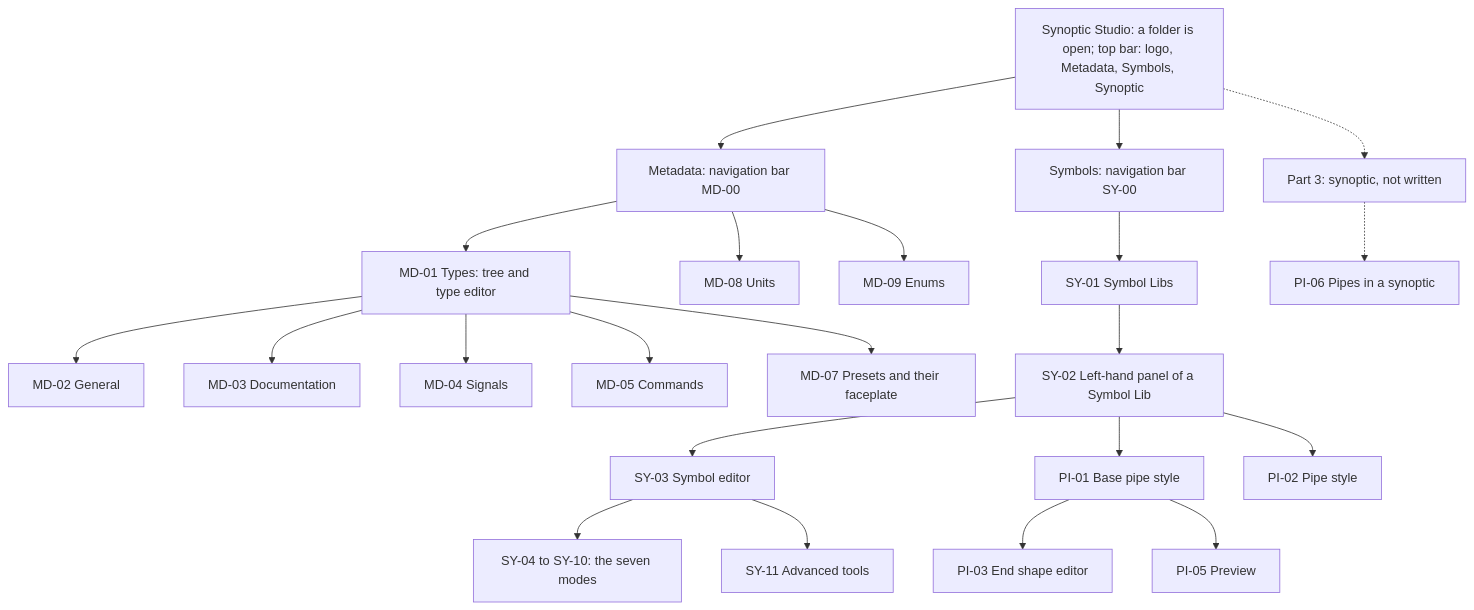
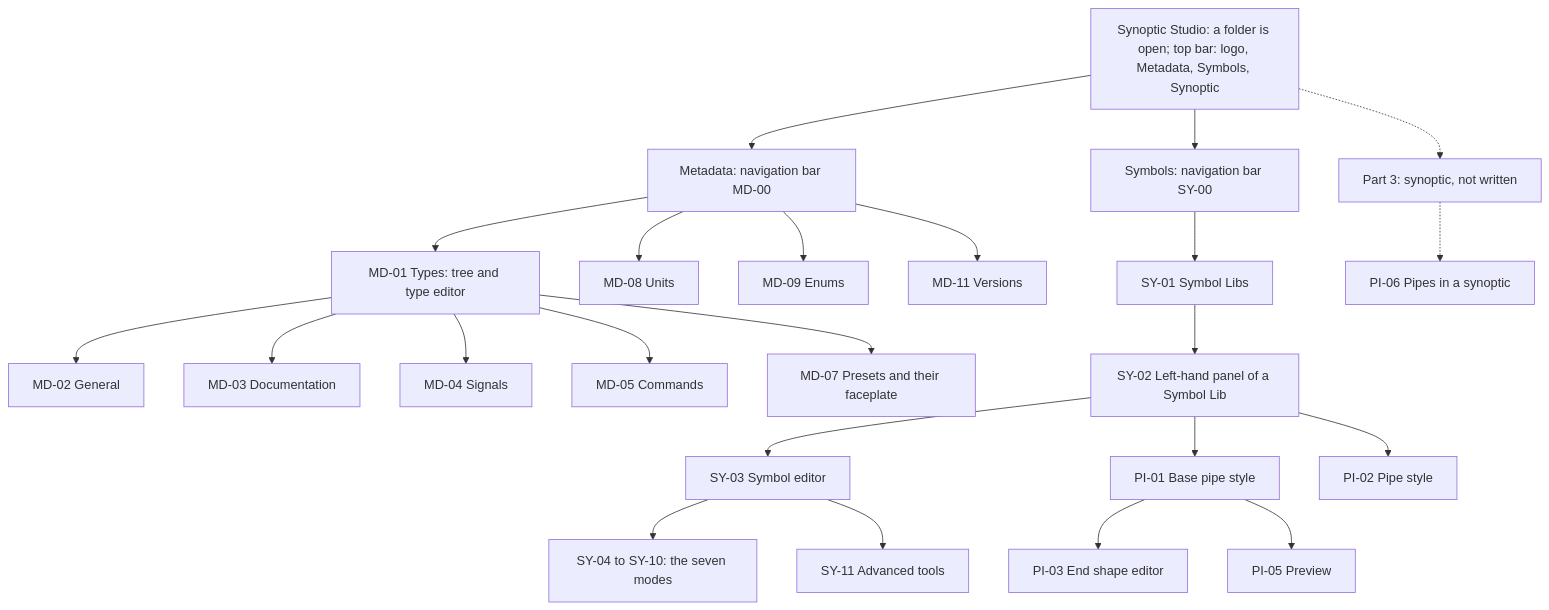
One commit to AlexandreGallais/synoptic-studio-spec changed the fifth of 5 diagrams in screens/README.md. Above: the diagram before and after it, drawn with Mermaid. The commit also changed other lines of this file and 11 other files, not shown here.

````diff
--- a/screens/README.md
+++ b/screens/README.md
@@ -143,26 +143,27 @@
 ```mermaid
 flowchart TD
     APP["Synoptic Studio: a folder is open; top bar: logo, Metadata, Symbols, Synoptic"] --> MD["Metadata: navigation bar MD-00"]
     APP --> SY["Symbols: navigation bar SY-00"]
     APP -.-> P3["Part 3: synoptic, not written"]
 
     MD --> MD01["MD-01 Types: tree and type editor"]
     MD01 --> MD02["MD-02 General"]
     MD01 --> MD03["MD-03 Documentation"]
     MD01 --> MD04["MD-04 Signals"]
     MD01 --> MD05["MD-05 Commands"]
     MD01 --> MD07["MD-07 Presets and their faceplate"]
     MD --> MD08["MD-08 Units"]
     MD --> MD09["MD-09 Enums"]
+    MD --> MD11["MD-11 Versions"]
 
     SY --> SY01["SY-01 Symbol Libs"]
     SY01 --> SY02["SY-02 Left-hand panel of a Symbol Lib"]
     SY02 --> SY03["SY-03 Symbol editor"]
     SY03 --> SY04["SY-04 to SY-10: the seven modes"]
     SY03 --> SY11["SY-11 Advanced tools"]
     SY02 --> PI01["PI-01 Base pipe style"]
     SY02 --> PI02["PI-02 Pipe style"]
     PI01 --> PI03["PI-03 End shape editor"]
     PI01 --> PI05["PI-05 Preview"]
     P3 -.-> PI06["PI-06 Pipes in a synoptic"]
 ```
````
